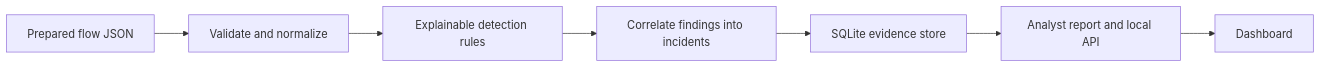
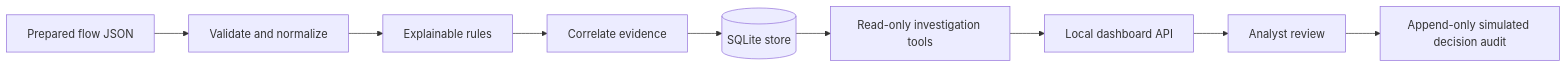
Before and after one commit to nihalmachhi/SentinelMesh: the diagram in README.md, drawn with Mermaid. The commit also changed other lines of this file and 36 other files, not shown here.

````diff
--- a/README.md
+++ b/README.md
@@ -13,9 +62,11 @@
 ```mermaid
 flowchart LR
-  A[Prepared flow JSON] --> B[Validate and normalize]
-  B --> C[Explainable detection rules]
-  C --> D[Correlate findings into incidents]
-  D --> E[SQLite evidence store]
-  E --> F[Analyst report and local API]
-  F --> G[Dashboard]
+    A[Prepared flow JSON] --> B[Validate and normalize]
+    B --> C[Explainable rules]
+    C --> D[Correlate evidence]
+    D --> E[(SQLite store)]
+    E --> F[Read-only investigation tools]
+    F --> G[Local dashboard API]
+    G --> H[Analyst review]
+    H --> I[Append-only simulated decision audit]
 ```
````
